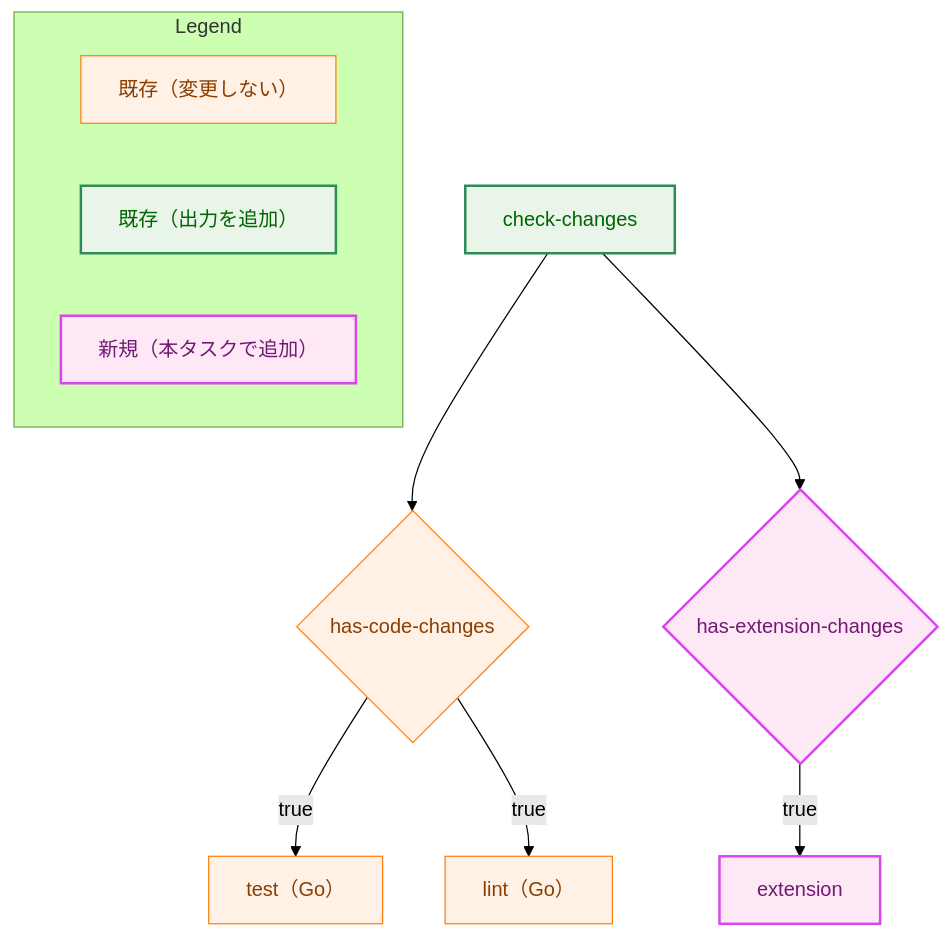
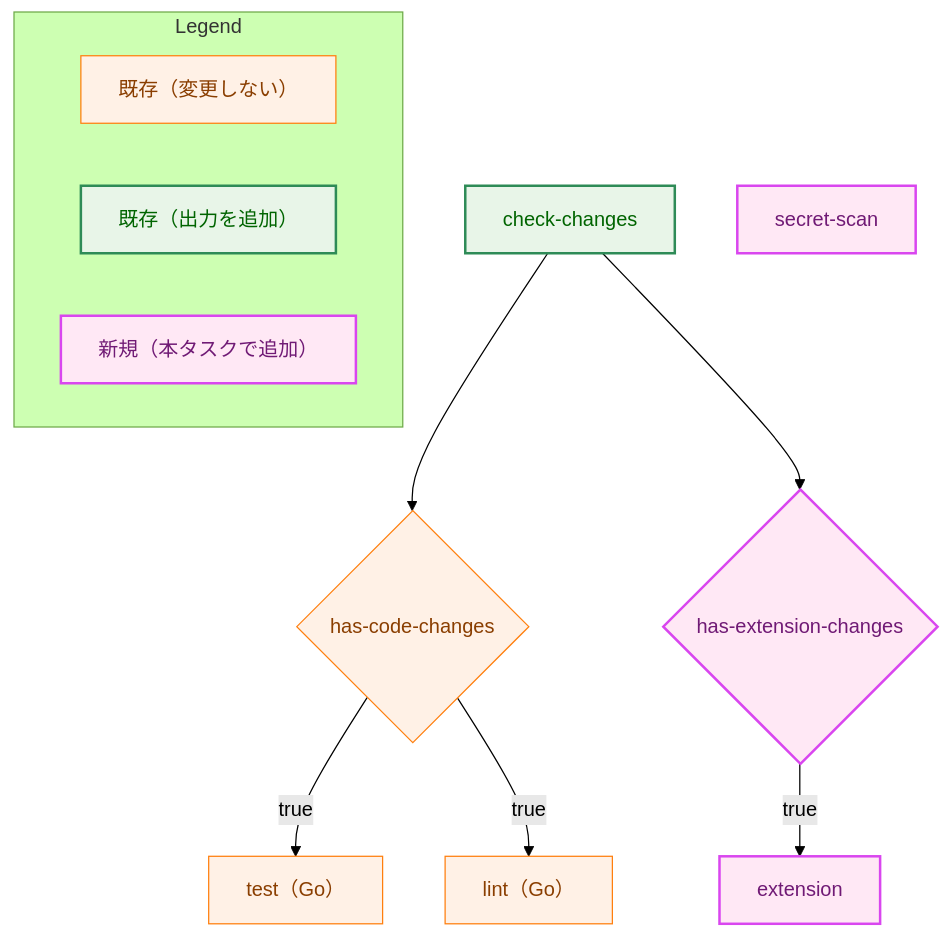
Before and after one commit to isseis/yt2column: the seventh of 9 diagrams in docs/tasks/0007_browser_extension_skeleton/02_architecture.md, drawn with Mermaid (forest theme). The commit also changed other lines of this file and 2 other files, not shown here.

````diff
--- a/docs/tasks/0007_browser_extension_skeleton/02_architecture.md
+++ b/docs/tasks/0007_browser_extension_skeleton/02_architecture.md
@@ -738,32 +738,34 @@
 ```mermaid
 flowchart TD
     classDef process fill:#fff1e6,stroke:#ff7f0e,stroke-width:1px,color:#8a3e00;
     classDef enhanced fill:#e8f5e8,stroke:#2e8b57,stroke-width:2px,color:#006400;
     classDef newpkg fill:#ffe8f5,stroke:#d946ef,stroke-width:2px,color:#701a75;
 
     CC["check-changes"]
     GO{"has-code-changes"}
     EX{"has-extension-changes"}
     T["test（Go）"]
     L["lint（Go）"]
     E["extension"]
+    S["secret-scan"]
 
     CC --> GO
     CC --> EX
     GO -->|"true"| T
     GO -->|"true"| L
     EX -->|"true"| E
 
     class CC enhanced
     class GO,T,L process
     class EX,E newpkg
+    class S newpkg
 
     subgraph Legend["Legend"]
         L1["既存（変更しない）"]
         L2["既存（出力を追加）"]
         L3["新規（本タスクで追加）"]
     end
     class L1 process
     class L2 enhanced
     class L3 newpkg
 ```
````
